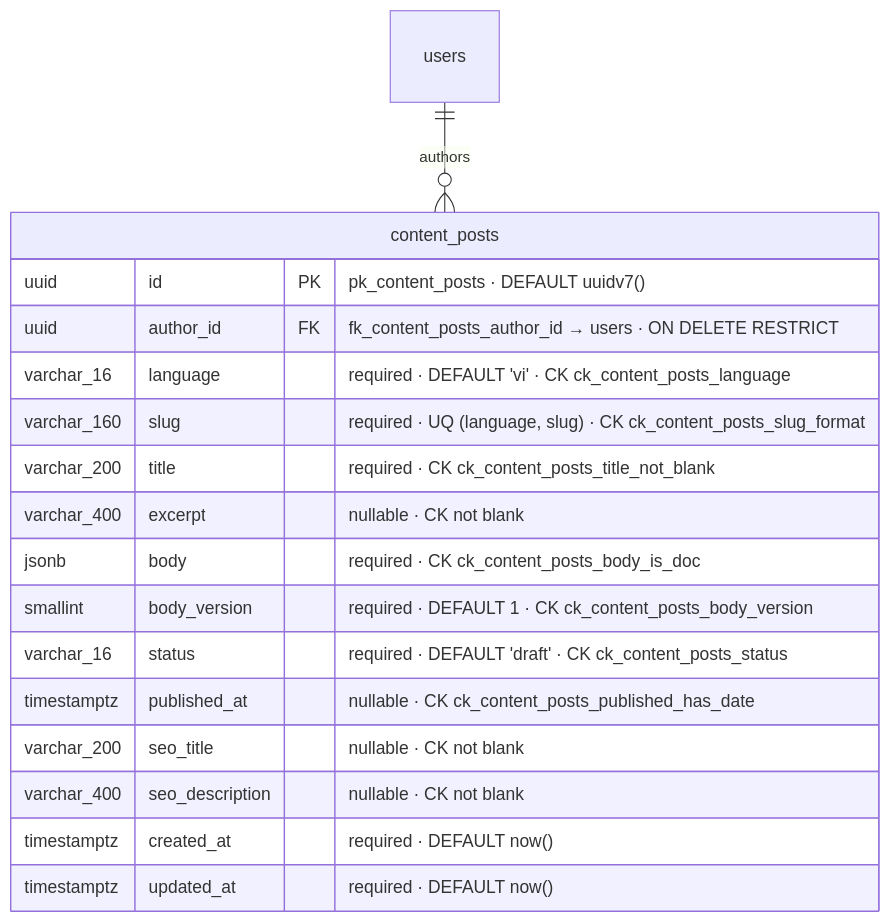
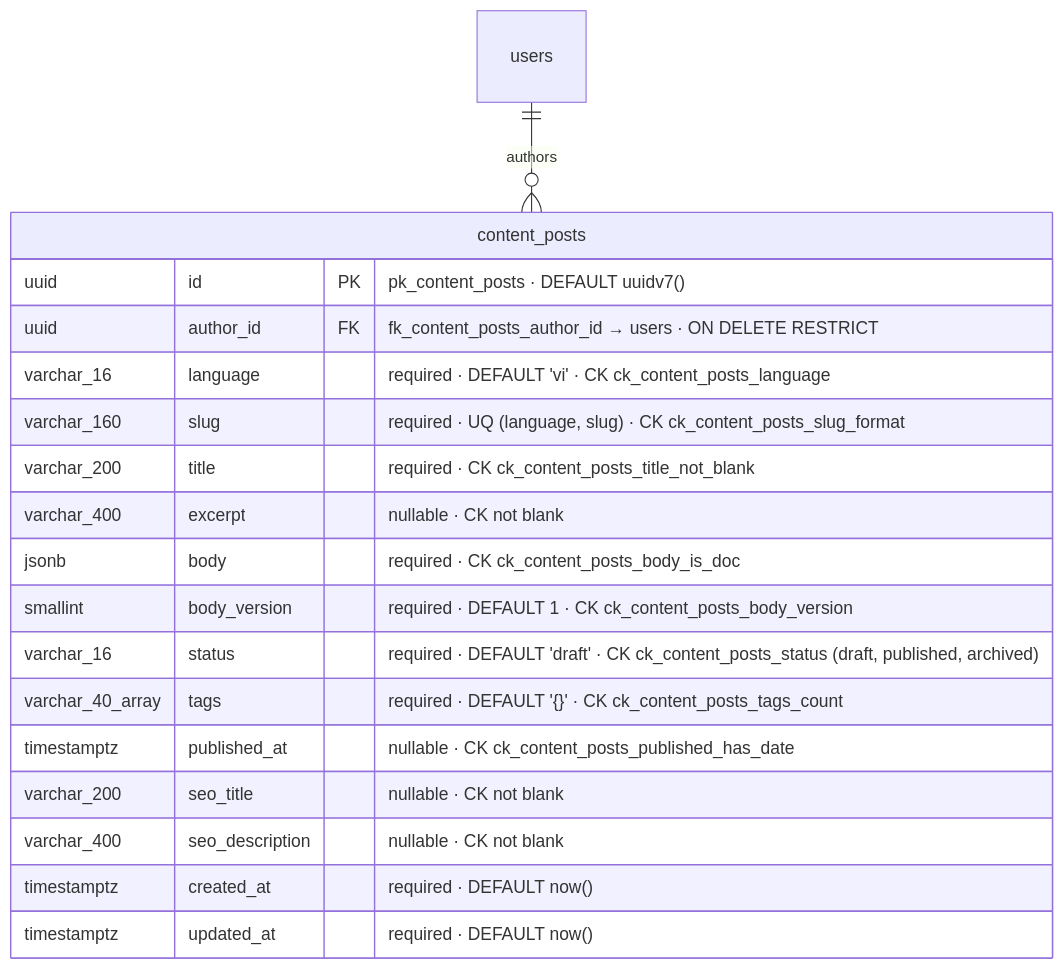
The third of 6 diagrams in docs/database.md (kienquocnguyen/xuan-api), drawn with Mermaid before and after one commit. The commit also changed other lines of this file and 3 other files, not shown here.

Commit message:
feat(content): add the archived status and post tags to content_posts

````diff
--- a/docs/database.md
+++ b/docs/database.md
@@ -364,20 +364,21 @@
 ```mermaid
 erDiagram
     users ||--o{ content_posts : "authors"
     content_posts {
         uuid id PK "pk_content_posts · DEFAULT uuidv7()"
         uuid author_id FK "fk_content_posts_author_id → users · ON DELETE RESTRICT"
         varchar_16 language "required · DEFAULT 'vi' · CK ck_content_posts_language"
         varchar_160 slug "required · UQ (language, slug) · CK ck_content_posts_slug_format"
         varchar_200 title "required · CK ck_content_posts_title_not_blank"
         varchar_400 excerpt "nullable · CK not blank"
         jsonb body "required · CK ck_content_posts_body_is_doc"
         smallint body_version "required · DEFAULT 1 · CK ck_content_posts_body_version"
-        varchar_16 status "required · DEFAULT 'draft' · CK ck_content_posts_status"
+        varchar_16 status "required · DEFAULT 'draft' · CK ck_content_posts_status (draft, published, archived)"
+        varchar_40_array tags "required · DEFAULT '{}' · CK ck_content_posts_tags_count"
         timestamptz published_at "nullable · CK ck_content_posts_published_has_date"
         varchar_200 seo_title "nullable · CK not blank"
         varchar_400 seo_description "nullable · CK not blank"
         timestamptz created_at "required · DEFAULT now()"
         timestamptz updated_at "required · DEFAULT now()"
     }
 ```
````
